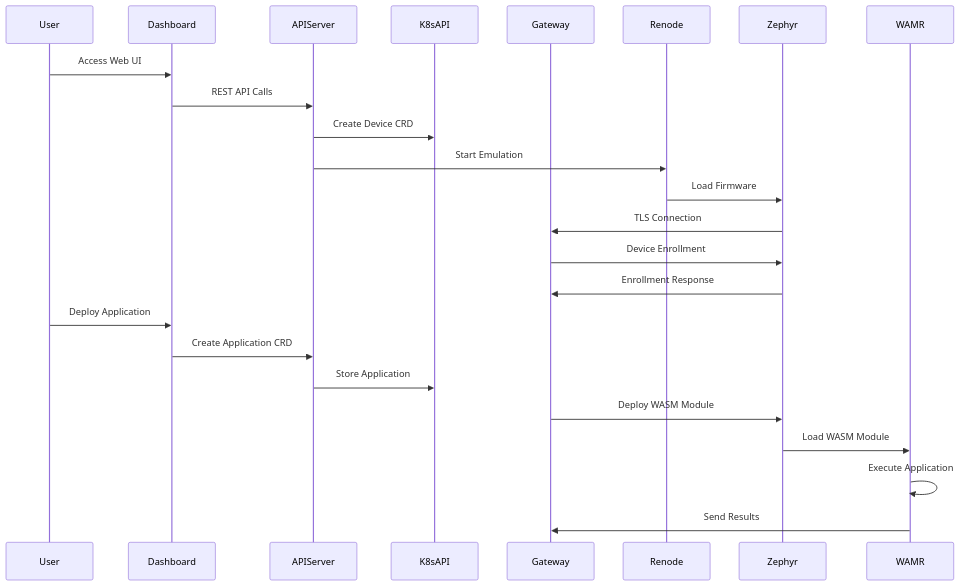
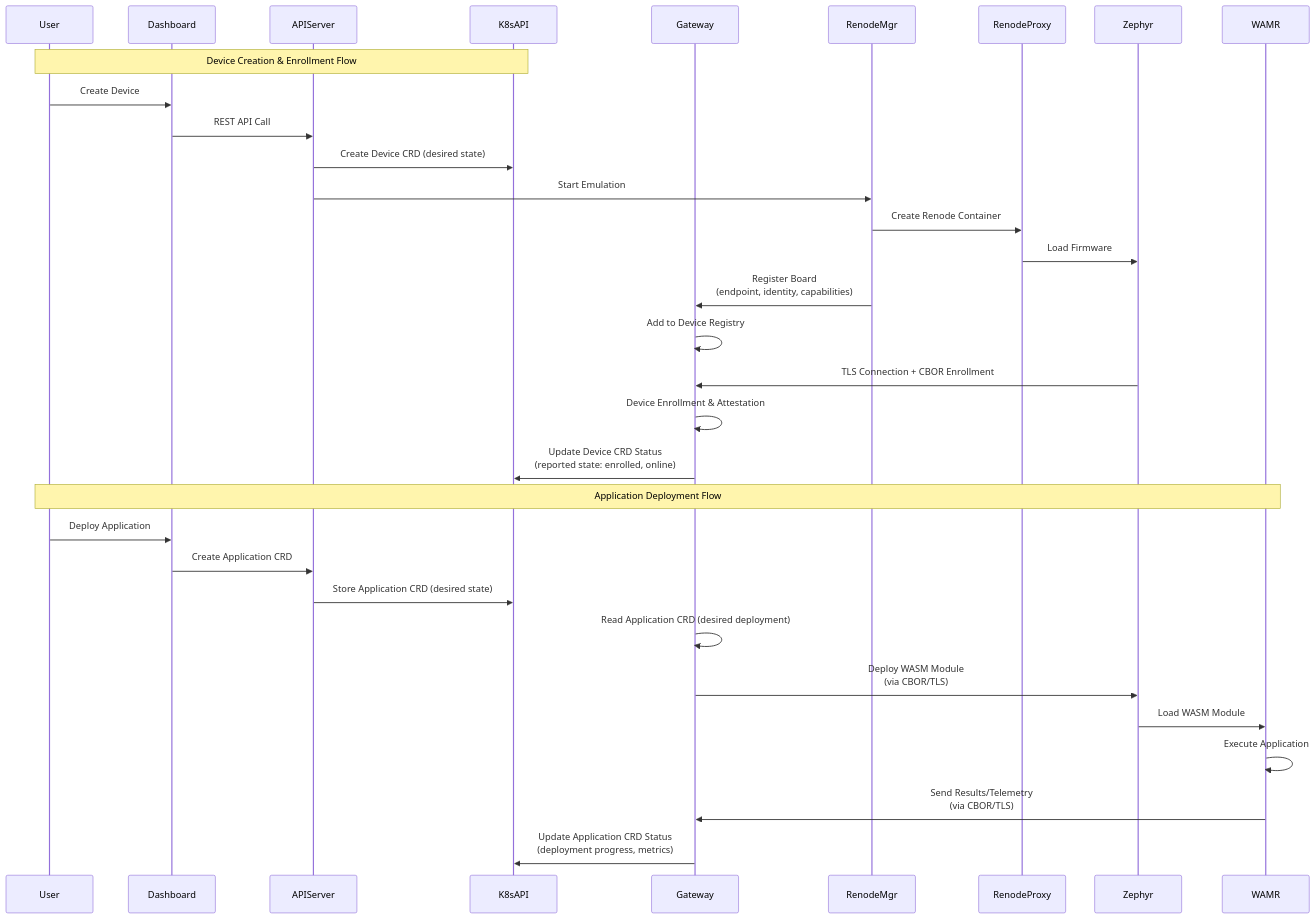
The third of 3 diagrams in README.md (lucadagati/retrospect), drawn with Mermaid before and after one commit. The commit also changed other lines of this file, not shown here.

First line of the commit message:
docs: Update README with Gateway-Centric Architecture and Implementation Roadmap

````diff
--- a/README.md
+++ b/README.md
@@ -147,27 +178,38 @@
 ```mermaid
 sequenceDiagram
     participant User
     participant Dashboard
     participant APIServer
     participant K8sAPI
     participant Gateway
-    participant Renode
+    participant RenodeMgr
+    participant RenodeProxy
     participant Zephyr
     participant WAMR
     
-    User->>Dashboard: Access Web UI
-    Dashboard->>APIServer: REST API Calls
-    APIServer->>K8sAPI: Create Device CRD
-    APIServer->>Renode: Start Emulation
-    Renode->>Zephyr: Load Firmware
-    Zephyr->>Gateway: TLS Connection
-    Gateway->>Zephyr: Device Enrollment
-    Zephyr->>Gateway: Enrollment Response
+    Note over User,K8sAPI: Device Creation & Enrollment Flow
+    
+    User->>Dashboard: Create Device
+    Dashboard->>APIServer: REST API Call
+    APIServer->>K8sAPI: Create Device CRD (desired state)
+    APIServer->>RenodeMgr: Start Emulation
+    RenodeMgr->>RenodeProxy: Create Renode Container
+    RenodeProxy->>Zephyr: Load Firmware
+    RenodeMgr->>Gateway: Register Board<br/>(endpoint, identity, capabilities)
+    Gateway->>Gateway: Add to Device Registry
+    Zephyr->>Gateway: TLS Connection + CBOR Enrollment
+    Gateway->>Gateway: Device Enrollment & Attestation
+    Gateway->>K8sAPI: Update Device CRD Status<br/>(reported state: enrolled, online)
+    
+    Note over User,WAMR: Application Deployment Flow
+    
     User->>Dashboard: Deploy Application
     Dashboard->>APIServer: Create Application CRD
-    APIServer->>K8sAPI: Store Application
-    Gateway->>Zephyr: Deploy WASM Module
+    APIServer->>K8sAPI: Store Application CRD (desired state)
+    Gateway->>Gateway: Read Application CRD (desired deployment)
+    Gateway->>Zephyr: Deploy WASM Module<br/>(via CBOR/TLS)
     Zephyr->>WAMR: Load WASM Module
     WAMR->>WAMR: Execute Application
-    WAMR->>Gateway: Send Results
+    WAMR->>Gateway: Send Results/Telemetry<br/>(via CBOR/TLS)
+    Gateway->>K8sAPI: Update Application CRD Status<br/>(deployment progress, metrics)
 ```
````
